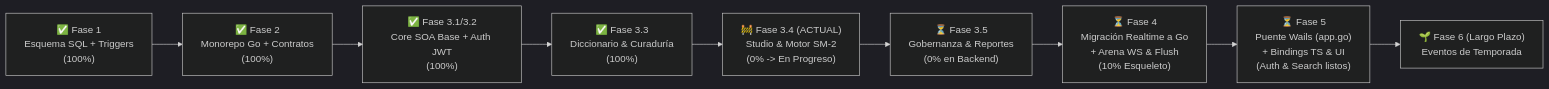
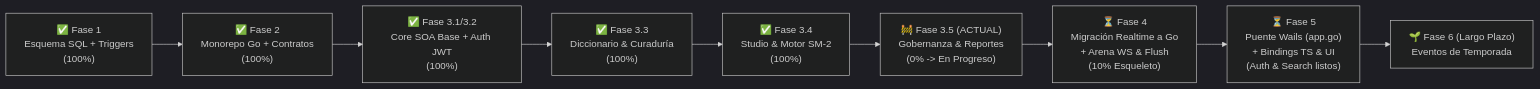
One commit to OGShawnLee/palabrario changed the diagram in .context/PLAN.md. Above: the diagram before and after it, drawn with Mermaid (dark theme). The commit also changed other lines of this file and 12 other files, not shown here.

````diff
--- a/.context/PLAN.md
+++ b/.context/PLAN.md
@@ -29,11 +29,11 @@
 ```mermaid
 flowchart LR
     F1["✅ Fase 1\nEsquema SQL + Triggers\n(100%)"] --> F2["✅ Fase 2\nMonorepo Go + Contratos\n(100%)"]
     F2 --> F31["✅ Fase 3.1/3.2\nCore SOA Base + Auth JWT\n(100%)"]
     F31 --> F33["✅ Fase 3.3\nDiccionario & Curaduría\n(100%)"]
-    F33 --> F34["🚧 Fase 3.4 (ACTUAL)\nStudio & Motor SM-2\n(0% -> En Progreso)"]
-    F34 --> F35["⏳ Fase 3.5\nGobernanza & Reportes\n(0% en Backend)"]
+    F33 --> F34["✅ Fase 3.4\nStudio & Motor SM-2\n(100%)"]
+    F34 --> F35["🚧 Fase 3.5 (ACTUAL)\nGobernanza & Reportes\n(0% -> En Progreso)"]
     F35 --> F4["⏳ Fase 4\nMigración Realtime a Go\n+ Arena WS & Flush\n(10% Esqueleto)"]
     F4 --> F5["⏳ Fase 5\nPuente Wails (app.go)\n+ Bindings TS & UI\n(Auth & Search listos)"]
     F5 --> F6["🌱 Fase 6 (Largo Plazo)\nEventos de Temporada"]
 ```
````
